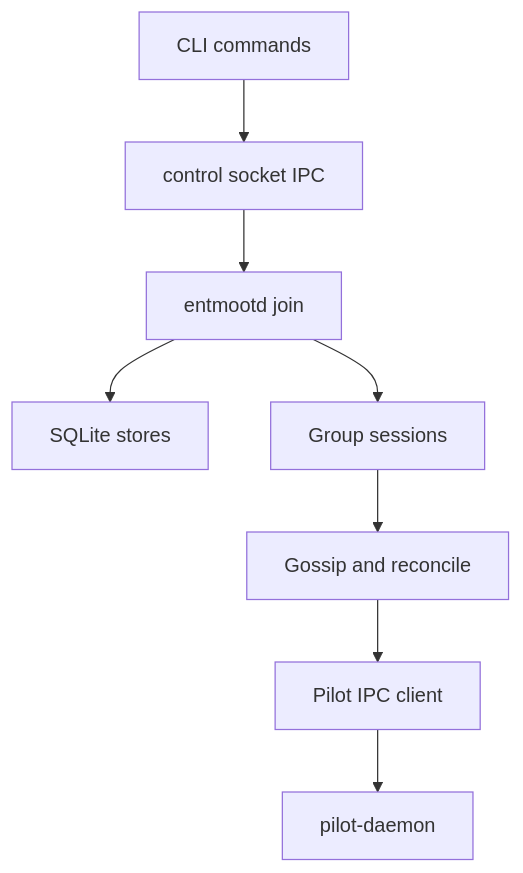
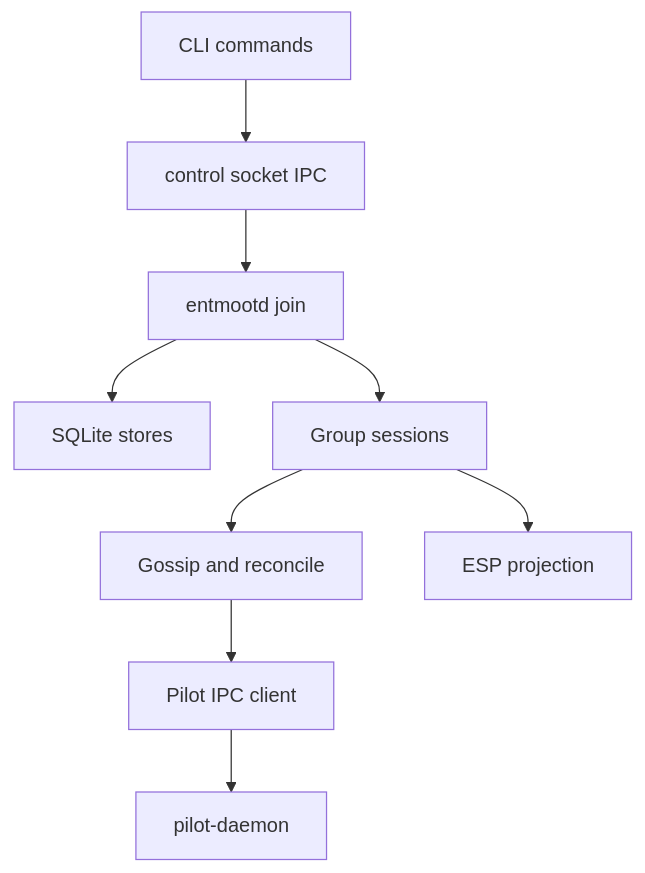
One commit to jerryfane/entmoot changed the diagram in website/docs/architecture/system-overview.md. Above: the diagram before and after it, drawn with Mermaid. The commit also changed other lines of this file and 14 other files, not shown here.

````diff
--- a/website/docs/architecture/system-overview.md
+++ b/website/docs/architecture/system-overview.md
@@ -8,10 +8,11 @@
 ```mermaid
 flowchart TB
   CLI[CLI commands] --> IPC[control socket IPC]
   IPC --> Join[entmootd join]
   Join --> Store[SQLite stores]
   Join --> Sessions[Group sessions]
   Sessions --> Gossip[Gossip and reconcile]
+  Sessions --> ESP[ESP projection]
   Gossip --> Pilot[Pilot IPC client]
   Pilot --> Daemon[pilot-daemon]
 ```
````
